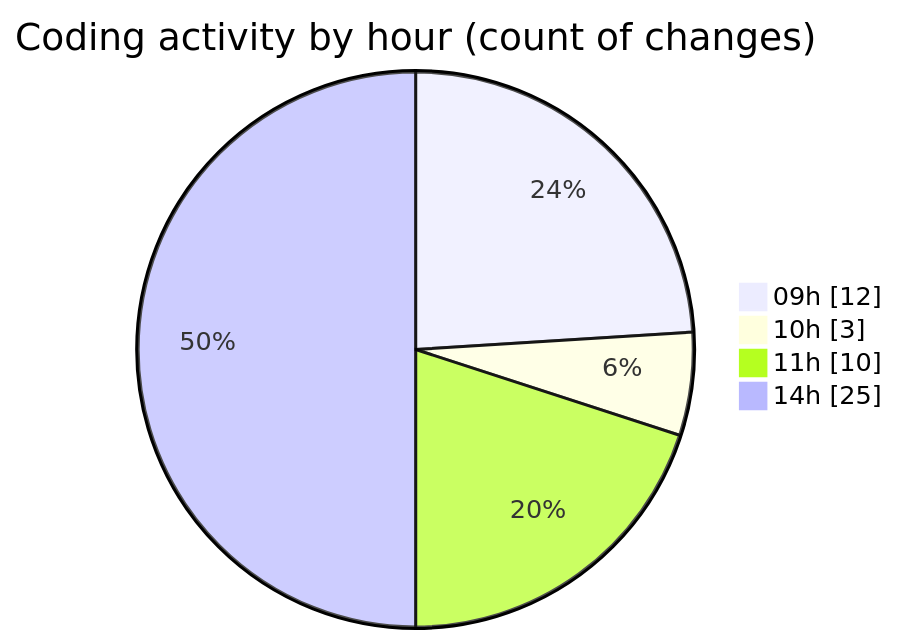
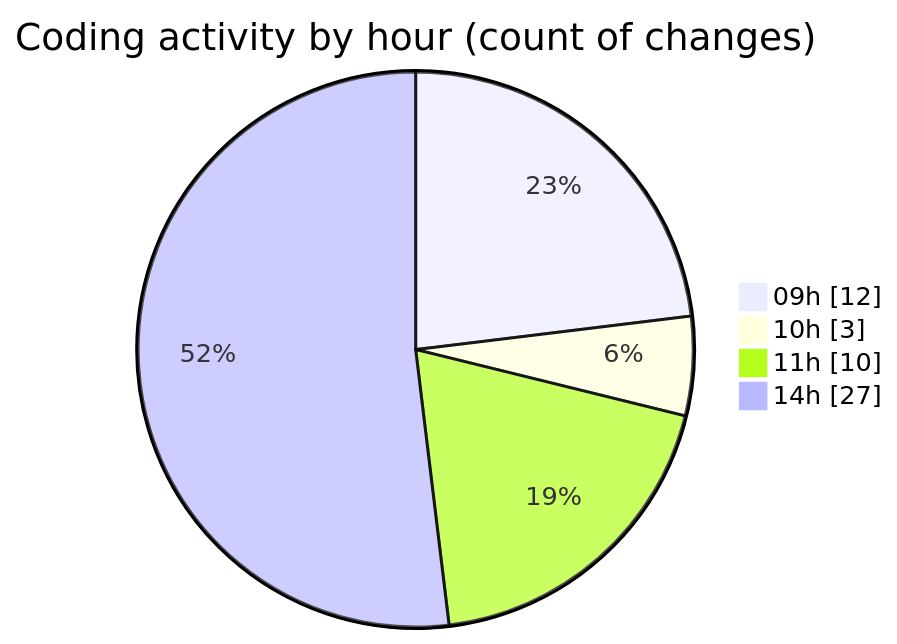
The second of 2 diagrams in 2025-03-08/myws__workspace_/README.md (MatusMokan/code-tracking), drawn with Mermaid before and after one commit. The commit also changed other lines of this file and 1 other file, not shown here.

````diff
--- a/2025-03-08/myws__workspace_/README.md
+++ b/2025-03-08/myws__workspace_/README.md
@@ -30,8 +30,8 @@
 ```mermaid
 pie showData
 title Coding activity by hour (count of changes)
 "09h" : 12
 "10h" : 3
 "11h" : 10
-"14h" : 25
+"14h" : 27
 ```
````
